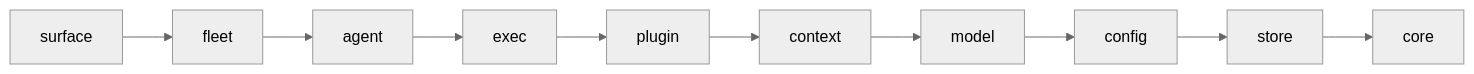
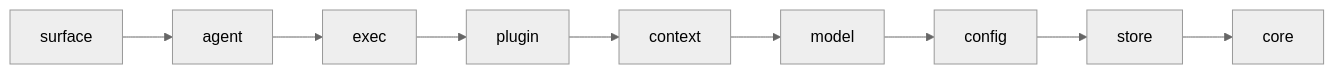
Before and after one commit to cypher-asi/aura-harness: the third of 3 diagrams in docs/invariants.md, drawn with Mermaid (neutral theme). The commit also changed other lines of this file and 125 other files, not shown here.

````diff
--- a/docs/invariants.md
+++ b/docs/invariants.md
@@ -931,12 +907,11 @@
 ```mermaid
 flowchart LR
-  surface[surface] --> fleet[fleet]
-  fleet --> agent[agent]
+  surface[surface] --> agent[agent]
   agent --> exec[exec]
   exec --> plugin[plugin]
   plugin --> context[context]
   context --> model[model]
   model --> config[config]
   config --> store[store]
   store --> core[core]
 ```
````
